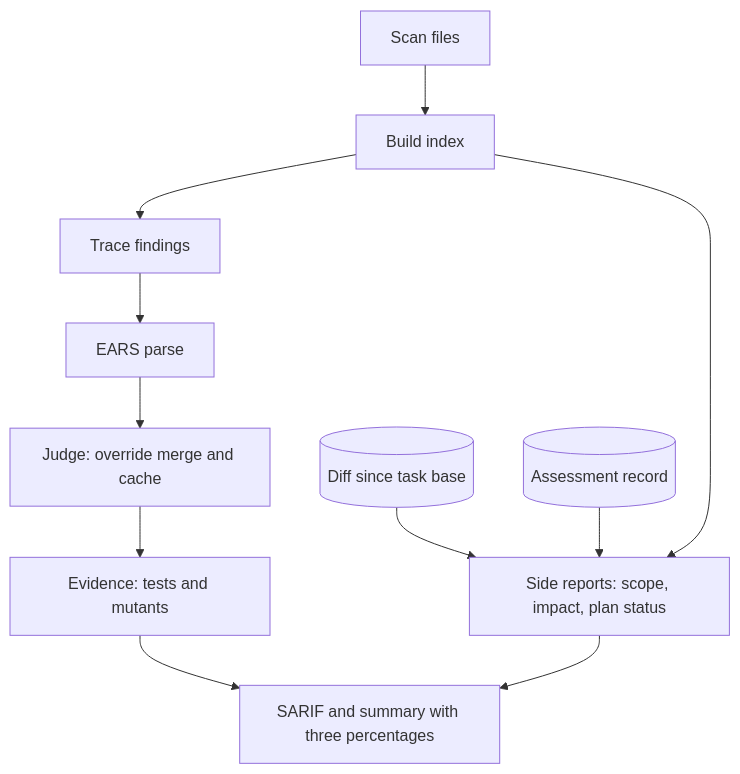
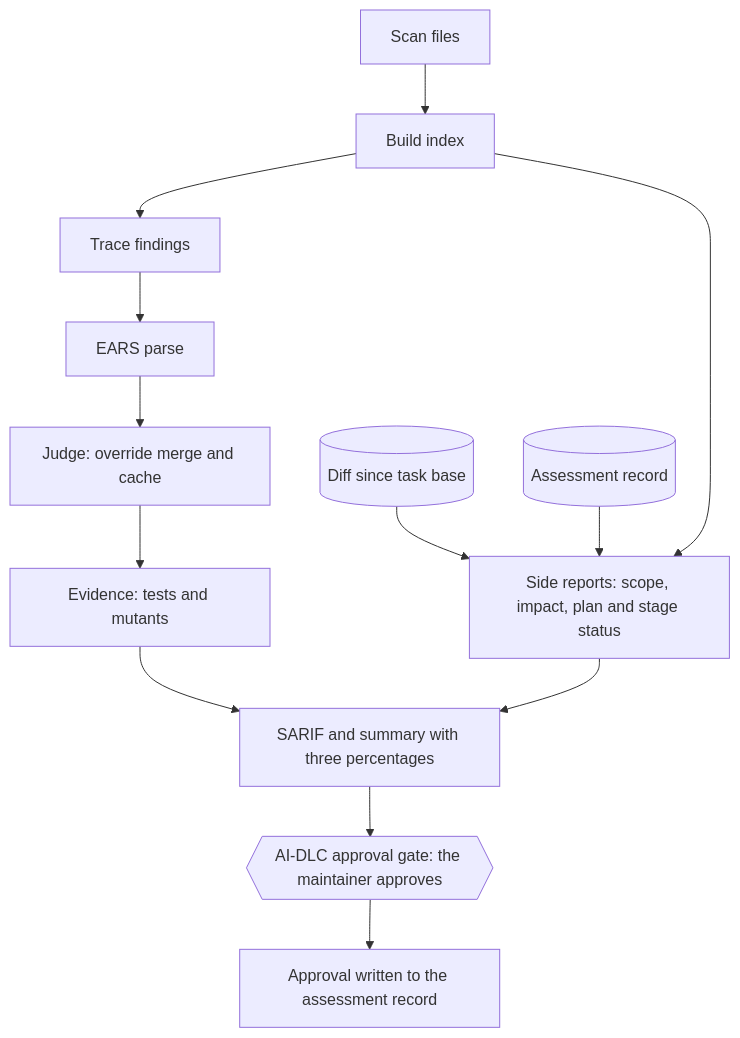
One commit to nullrul/earnest changed the fifth of 5 diagrams in docs/design/01-logic-design.md. Above: the diagram before and after it, drawn with Mermaid. The commit also changed other lines of this file and 3 other files, not shown here.

````diff
--- a/docs/design/01-logic-design.md
+++ b/docs/design/01-logic-design.md
@@ -742,13 +883,15 @@
 ```mermaid
 flowchart TB
   scan[Scan files] --> index[Build index]
   index --> trace[Trace findings]
   trace --> parse[EARS parse]
   parse --> judge[Judge: override merge and cache]
   judge --> evid[Evidence: tests and mutants]
   evid --> out[SARIF and summary with three percentages]
   diff[(Diff since task base)] --> side
   record[(Assessment record)] --> side
-  index --> side[Side reports: scope, impact, plan status]
+  index --> side[Side reports: scope, impact, plan and stage status]
   side --> out
+  out --> gate{{"AI-DLC approval gate: the maintainer approves"}}
+  gate --> approve[Approval written to the assessment record]
 ```
````
